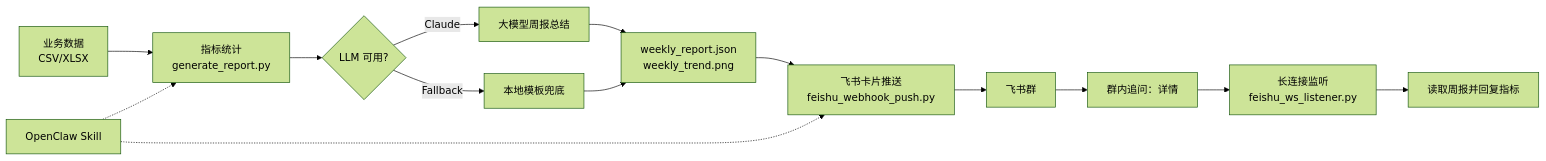
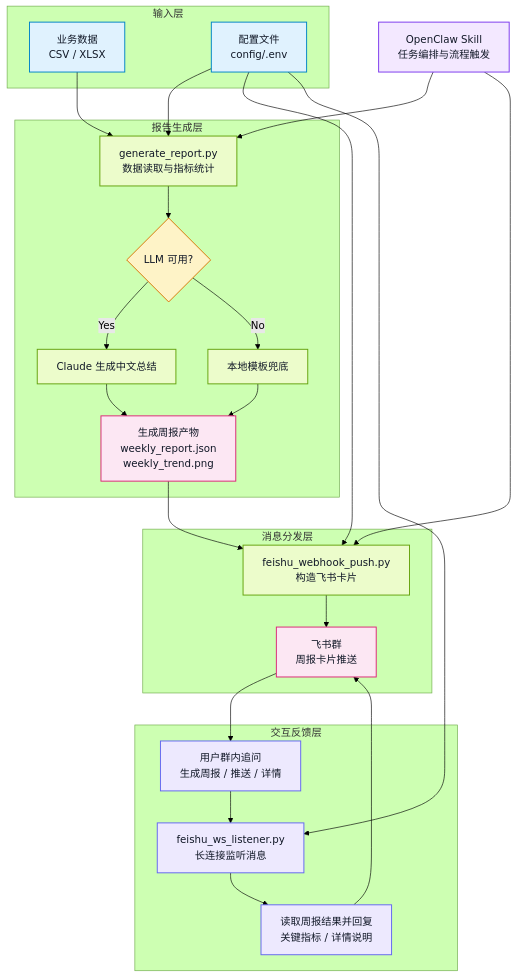
The diagram in README.md (FORWARD1121/openclaw-feishu-report-bot), drawn with Mermaid (forest theme) before and after one commit.

Commit message:
Upgrade README workflow diagram

````diff
--- a/README.md
+++ b/README.md
@@ -68,16 +68,53 @@
 ```mermaid
-flowchart LR
-    A["业务数据<br/>CSV/XLSX"] --> B["指标统计<br/>generate_report.py"]
-    B --> C{"LLM 可用?"}
-    C -->|Claude| D["大模型周报总结"]
-    C -->|Fallback| E["本地模板兜底"]
-    D --> F["weekly_report.json<br/>weekly_trend.png"]
-    E --> F
-    F --> G["飞书卡片推送<br/>feishu_webhook_push.py"]
-    G --> H["飞书群"]
-    H --> I["群内追问：详情"]
-    I --> J["长连接监听<br/>feishu_ws_listener.py"]
-    J --> K["读取周报并回复指标"]
-    L["OpenClaw Skill"] -.-> B
-    L -.-> G
+flowchart TB
+    classDef orchestration fill:#F3E8FF,stroke:#7C3AED,stroke-width:1.5px,color:#111827;
+    classDef input fill:#E0F2FE,stroke:#0284C7,stroke-width:1.5px,color:#111827;
+    classDef process fill:#ECFCCB,stroke:#65A30D,stroke-width:1.5px,color:#111827;
+    classDef decision fill:#FEF3C7,stroke:#D97706,stroke-width:1.5px,color:#111827;
+    classDef output fill:#FCE7F3,stroke:#DB2777,stroke-width:1.5px,color:#111827;
+    classDef interact fill:#EDE9FE,stroke:#6366F1,stroke-width:1.5px,color:#111827;
+
+    O["OpenClaw Skill<br/>任务编排与流程触发"]:::orchestration
+
+    subgraph L1["输入层"]
+        A["业务数据<br/>CSV / XLSX"]:::input
+        B["配置文件<br/>config/.env"]:::input
+    end
+
+    subgraph L2["报告生成层"]
+        C["generate_report.py<br/>数据读取与指标统计"]:::process
+        D{"LLM 可用?"}:::decision
+        E["Claude 生成中文总结"]:::process
+        F["本地模板兜底"]:::process
+        G["生成周报产物<br/>weekly_report.json<br/>weekly_trend.png"]:::output
+    end
+
+    subgraph L3["消息分发层"]
+        H["feishu_webhook_push.py<br/>构造飞书卡片"]:::process
+        I["飞书群<br/>周报卡片推送"]:::output
+    end
+
+    subgraph L4["交互反馈层"]
+        J["用户群内追问<br/>生成周报 / 推送 / 详情"]:::interact
+        K["feishu_ws_listener.py<br/>长连接监听消息"]:::interact
+        L["读取周报结果并回复<br/>关键指标 / 详情说明"]:::interact
+    end
+
+    O --> C
+    O --> H
+    A --> C
+    B --> C
+    B --> H
+    B --> K
+    C --> D
+    D -->|Yes| E
+    D -->|No| F
+    E --> G
+    F --> G
+    G --> H
+    H --> I
+    I --> J
+    J --> K
+    K --> L
+    L --> I
 ```
````
